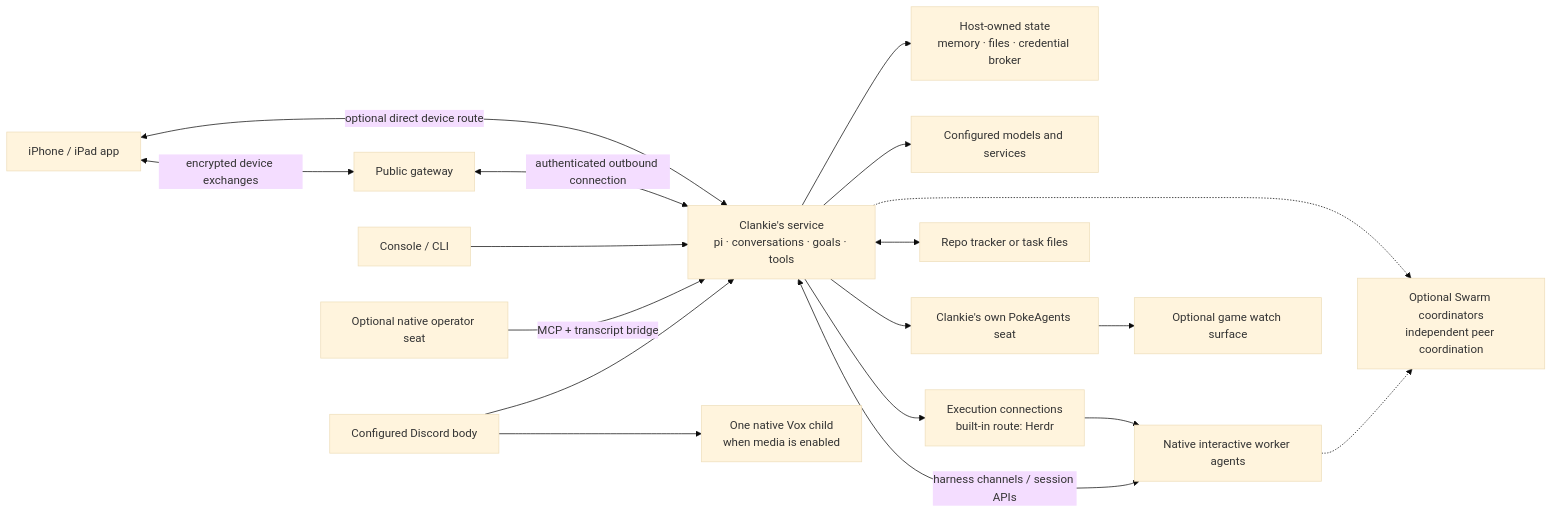
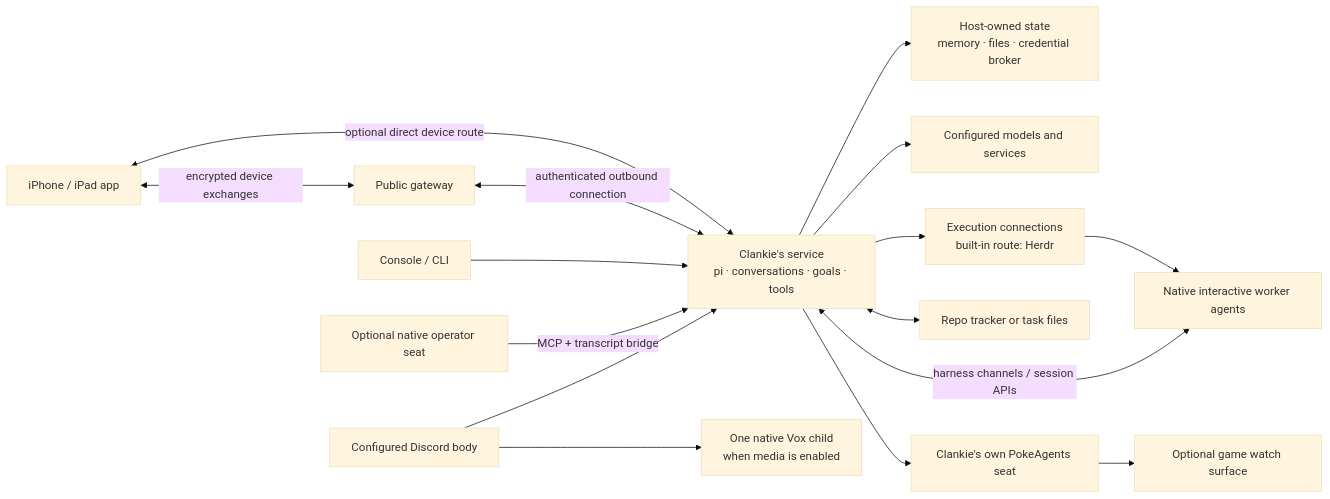
The diagram in docs/architecture.md (Volpestyle/clankie), drawn with Mermaid (base theme) before and after one commit. The commit also changed other lines of this file and 122 other files, not shown here.

````diff
--- a/docs/architecture.md
+++ b/docs/architecture.md
@@ -14,20 +14,18 @@
 ```mermaid
 flowchart LR
   App["iPhone / iPad app"] <-->|"encrypted device exchanges"| Gateway["Public gateway"]
   App <-->|"optional direct device route"| Service
   Gateway <-->|"authenticated outbound connection"| Service["Clankie's service<br/>pi · conversations · goals · tools"]
   Console["Console / CLI"] --> Service
   Native["Optional native operator seat"] -->|"MCP + transcript bridge"| Service
   Discord["Configured Discord body"] --> Service
   Service --> State["Host-owned state<br/>memory · files · credential broker"]
   Service --> Models["Configured models and services"]
-  Service -.-> Swarm["Optional Swarm coordinators<br/>independent peer coordination"]
   Service --> Runtime["Execution connections<br/>built-in route: Herdr"]
   Runtime --> Workers["Native interactive worker agents"]
   Service <-->|"harness channels / session APIs"| Workers
-  Workers -.-> Swarm
   Service <--> Work["Repo tracker or task files"]
   Service --> World["Clankie's own PokeAgents seat"]
   World --> Viewer["Optional game watch surface"]
   Discord --> Vox["One native Vox child<br/>when media is enabled"]
 ```
````
